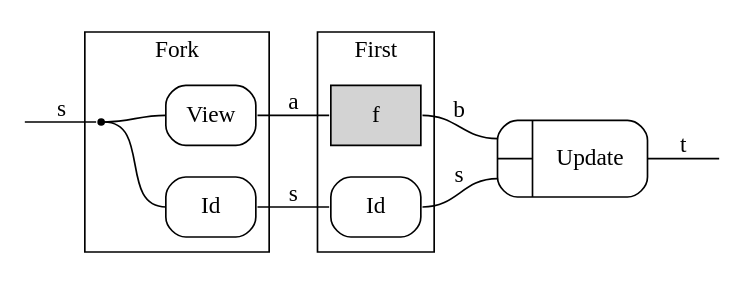
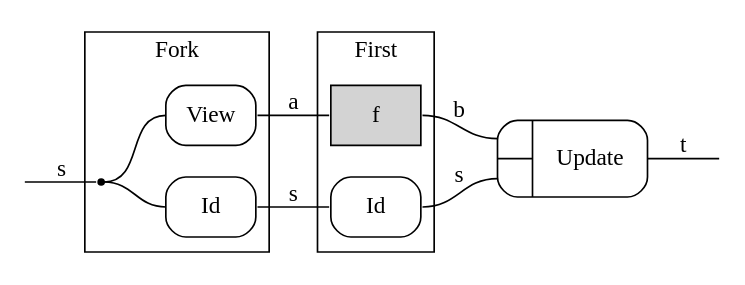
The diagram in LensP.dot (lemastero/applied-category-theory-reading-club), drawn with Graphviz before and after one commit. The commit also changed 1 other file, not shown here.

```diff
--- a/LensP.dot
+++ b/LensP.dot
@@ -1,44 +1,41 @@
 digraph LensP {
         compound=true;
         rankdir=LR;
         node [shape="record"];
         node [style="rounded"];
         edge [arrowhead="none"];
 
         in [shape="point"; style="invis"];
 
         subgraph clusterFork {
                 label="Fork";
 
                 ForkIn1 [shape="point"];
-                ForkOut1 [shape="point"; style="invis"];
-                ForkOut2 [shape="point"; style="invis"];
-                { rank="same"; ForkOut1; ForkOut2 }
 
                 View;
                 Identity [label="Id"];
                 { rank="same"; View; Identity; }
 
                 ForkIn1:e -> View:w;
                 ForkIn1:e -> Identity:w;
         }
 
         subgraph clusterFirst {
                 label="First";
 
                 f [style="filled"];
                 Identity2 [label="Id"]
         }
 
         Update [label="{{<i1>|<i2>}|Update}"];
 
         out [shape="point"; style="invis"];
 
         in:e -> ForkIn1:w [label="s"];
         View:e -> f:w [label="a"];
         Identity:e -> Identity2:w [label="s"];
         f:e -> Update:i1:w [label="b"];
         Identity2:e -> Update:i2:w [label="s"];
 
         Update:e -> out:w [label="t"];
 }
```
